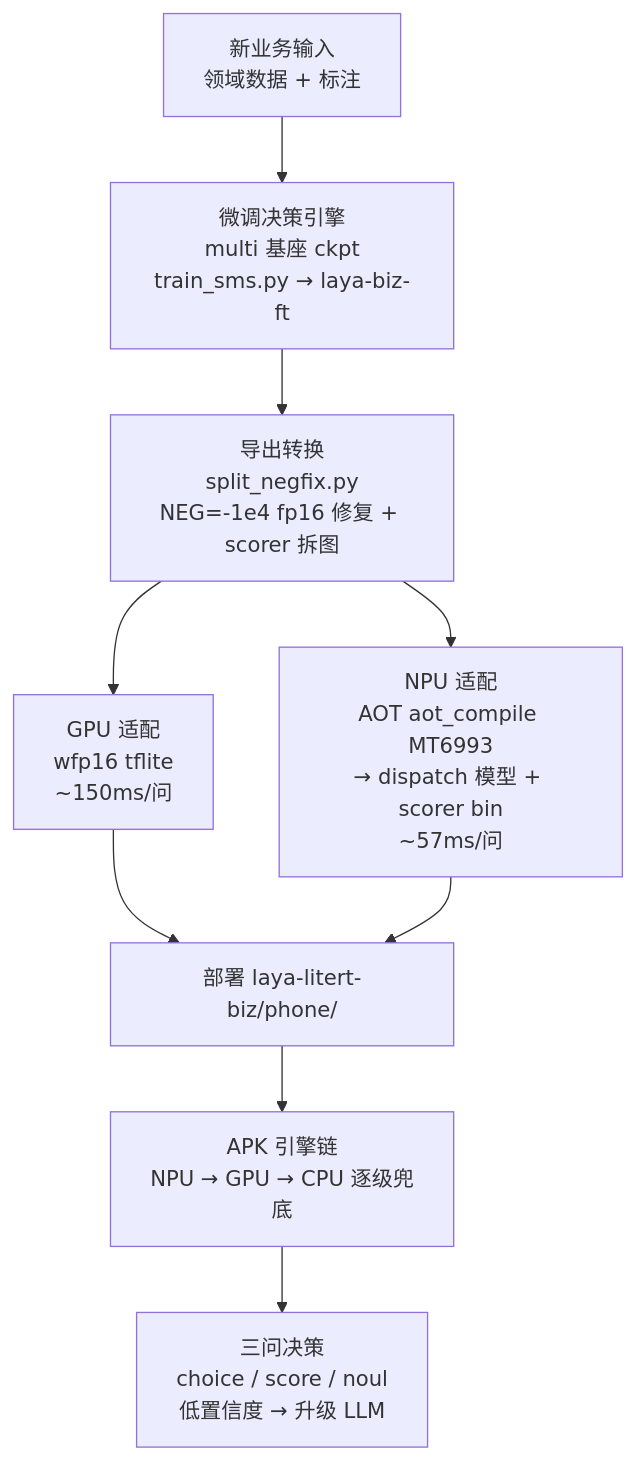
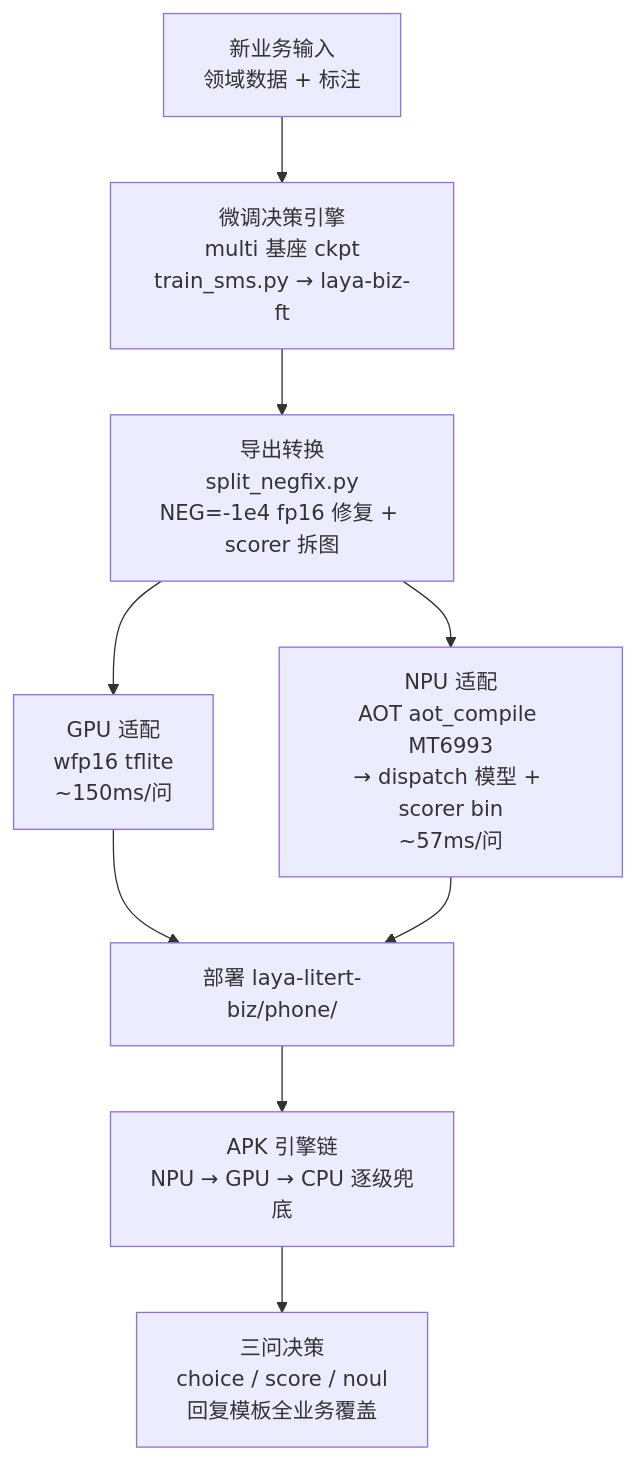
One commit to supermy/laya-test changed the diagram in readme.md. Above: the diagram before and after it, drawn with Mermaid. The commit also changed other lines of this file and 8 other files, not shown here.

Commit message:
采集-决策-回复链路图/文档同步:架构图/流程图/泳道图(figs.py重生成+figs/)+APK自绘DiagramView(zh/en)——LLM升级通道改标注为预留默认关闭,新增回复模板层与cs实时主题;readme决策链/reply字段/网关cs/采集对比工具;changelog v1.4.50

````diff
--- a/readme.md
+++ b/readme.md
@@ -78,11 +78,11 @@
 ```mermaid
 flowchart TD
     A[新业务输入<br/>领域数据 + 标注] --> B[微调决策引擎<br/>multi 基座 ckpt<br/>train_sms.py → laya-biz-ft]
     B --> C[导出转换<br/>split_negfix.py<br/>NEG=-1e4 fp16 修复 + scorer 拆图]
     C --> D1[GPU 适配<br/>wfp16 tflite<br/>~150ms/问]
     C --> D2[NPU 适配<br/>AOT aot_compile MT6993<br/>→ dispatch 模型 + scorer bin<br/>~57ms/问]
     D1 --> E[部署 laya-litert-biz/phone/]
     D2 --> E
     E --> F[APK 引擎链<br/>NPU → GPU → CPU 逐级兜底]
-    F --> G[三问决策<br/>choice / score / noul<br/>低置信度 → 升级 LLM]
+    F --> G[三问决策<br/>choice / score / noul<br/>回复模板全业务覆盖]
 ```
````
